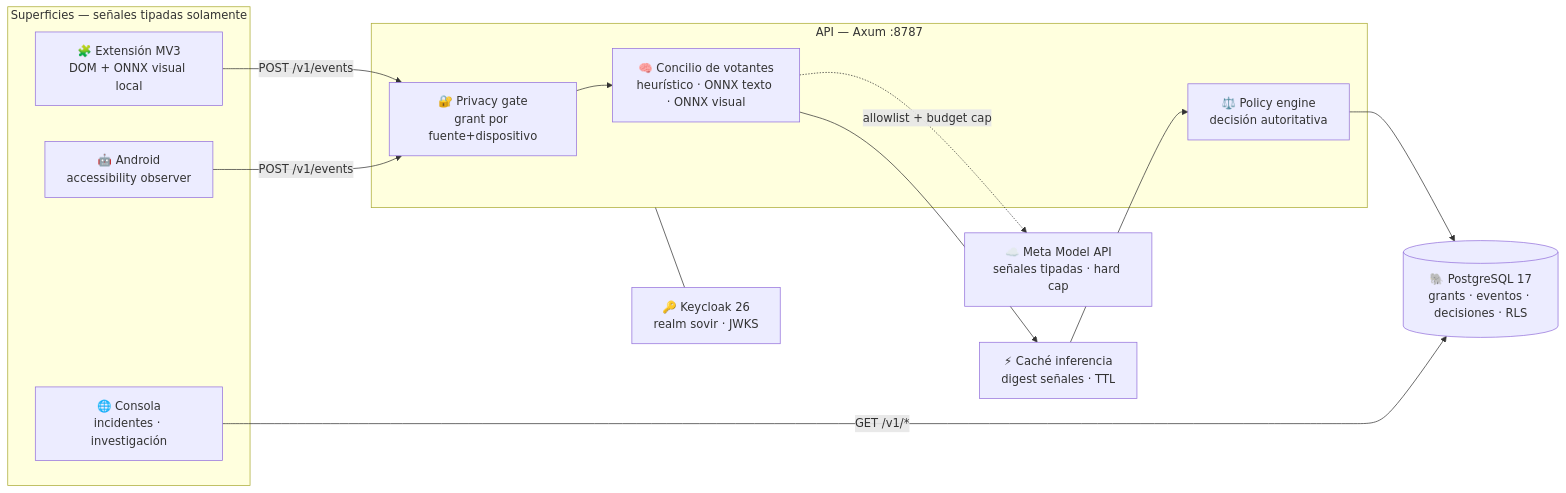
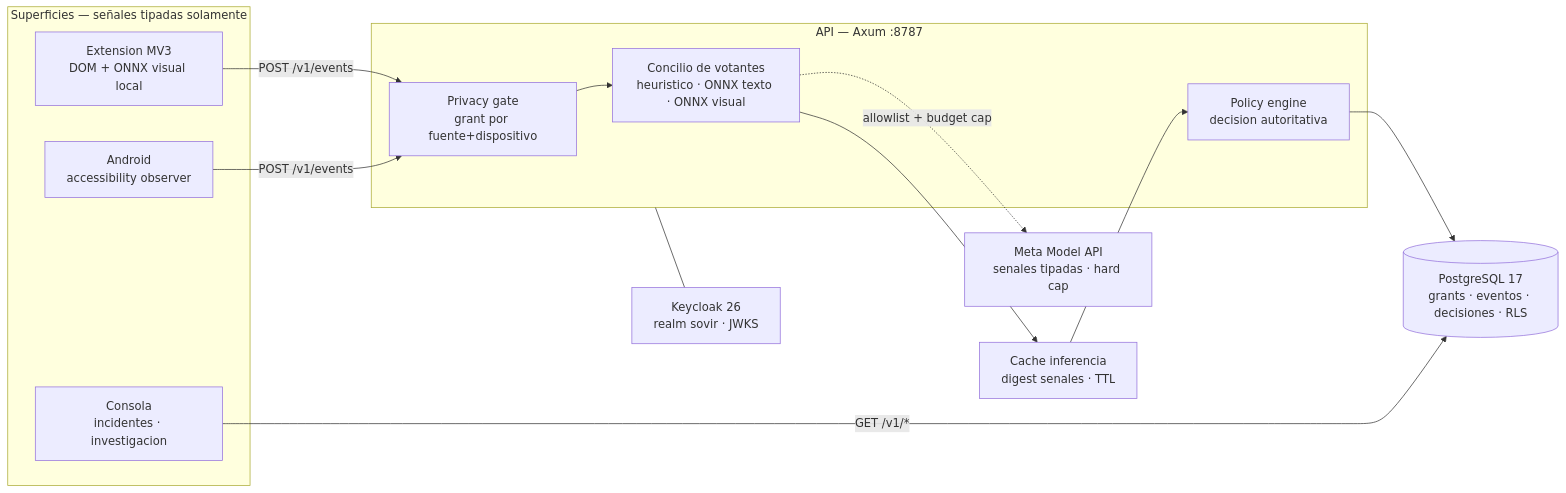
The diagram in README.md (HCHAPS404/SOVIR), drawn with Mermaid before and after one commit. The commit also changed other lines of this file, not shown here.

````diff
--- a/README.md
+++ b/README.md
@@ -104,27 +175,27 @@
 ```mermaid
 flowchart LR
     subgraph surfaces["Superficies — señales tipadas solamente"]
-        ext["🧩 Extensión MV3<br/>DOM + ONNX visual local"]
-        droid["🤖 Android<br/>accessibility observer"]
-        console["🌐 Consola<br/>incidentes · investigación"]
+        ext["Extension MV3<br/>DOM + ONNX visual local"]
+        droid["Android<br/>accessibility observer"]
+        console["Consola<br/>incidentes · investigacion"]
     end
 
     subgraph api["API — Axum :8787"]
-        consent["🔐 Privacy gate<br/>grant por fuente+dispositivo"]
-        council["🧠 Concilio de votantes<br/>heurístico · ONNX texto · ONNX visual"]
-        policy["⚖️ Policy engine<br/>decisión autoritativa"]
+        consent["Privacy gate<br/>grant por fuente+dispositivo"]
+        council["Concilio de votantes<br/>heuristico · ONNX texto · ONNX visual"]
+        policy["Policy engine<br/>decision autoritativa"]
     end
 
-    pg[("🐘 PostgreSQL 17<br/>grants · eventos · decisiones · RLS")]
-    kc["🔑 Keycloak 26<br/>realm sovir · JWKS"]
-    meta["☁️ Meta Model API<br/>señales tipadas · hard cap"]
-    cache["⚡ Caché inferencia<br/>digest señales · TTL"]
+    pg[("PostgreSQL 17<br/>grants · eventos · decisiones · RLS")]
+    kc["Keycloak 26<br/>realm sovir · JWKS"]
+    meta["Meta Model API<br/>senales tipadas · hard cap"]
+    cache["Cache inferencia<br/>digest senales · TTL"]
 
     ext -->|POST /v1/events| consent
     droid -->|POST /v1/events| consent
     consent --> council
     council --> cache --> policy --> pg
     council -.->|allowlist + budget cap| meta
     console -->|GET /v1/*| pg
     api --- kc
 ```
````
